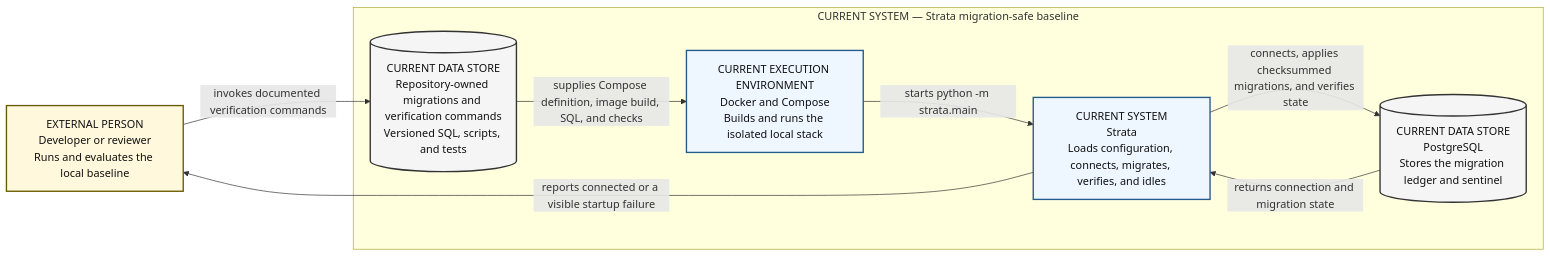
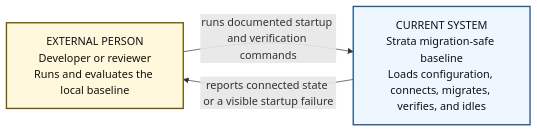
The diagram in docs/architecture/diagrams/current-system-context.md (andrewmpalka/strata), drawn with Mermaid before and after one commit. The commit also changed other lines of this file and 6 other files, not shown here.

Commit message:
docs: correct architecture diagram semantics

````diff
--- a/docs/architecture/diagrams/current-system-context.md
+++ b/docs/architecture/diagrams/current-system-context.md
@@ -17,25 +17,13 @@
 ```mermaid
 flowchart LR
     person["EXTERNAL PERSON<br/>Developer or reviewer<br/>Runs and evaluates the local baseline"]
+    strata["CURRENT SYSTEM<br/>Strata migration-safe baseline<br/>Loads configuration, connects, migrates, verifies, and idles"]
 
-    subgraph current_system["CURRENT SYSTEM — Strata migration-safe baseline"]
-        strata["CURRENT SYSTEM<br/>Strata<br/>Loads configuration, connects, migrates, verifies, and idles"]
-        compose["CURRENT EXECUTION ENVIRONMENT<br/>Docker and Compose<br/>Builds and runs the isolated local stack"]
-        postgres[("CURRENT DATA STORE<br/>PostgreSQL<br/>Stores the migration ledger and sentinel")]
-        repository[("CURRENT DATA STORE<br/>Repository-owned migrations and verification commands<br/>Versioned SQL, scripts, and tests")]
-    end
-
-    person -->|"invokes documented verification commands"| repository
-    repository -->|"supplies Compose definition, image build, SQL, and checks"| compose
-    compose -->|"starts python -m strata.main"| strata
-    strata -->|"connects, applies checksummed migrations, and verifies state"| postgres
-    postgres -->|"returns connection and migration state"| strata
-    strata -->|"reports connected or a visible startup failure"| person
+    person -->|"runs documented startup and verification commands"| strata
+    strata -->|"reports connected state or a visible startup failure"| person
 
     classDef current fill:#eef6ff,stroke:#245a8d,stroke-width:2px,color:#111;
     classDef external fill:#fff8dc,stroke:#6b5b00,stroke-width:2px,color:#111;
-    classDef store fill:#f5f5f5,stroke:#333,stroke-width:2px,color:#111;
-    class strata,compose current;
+    class strata current;
     class person external;
-    class postgres,repository store;
 ```
````
